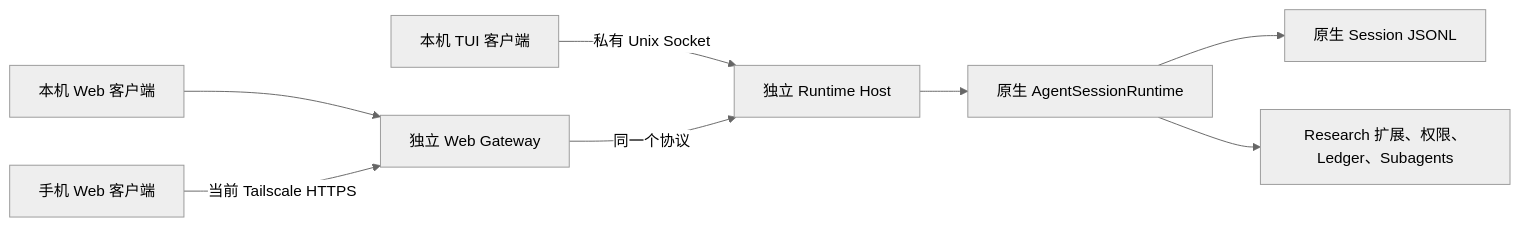
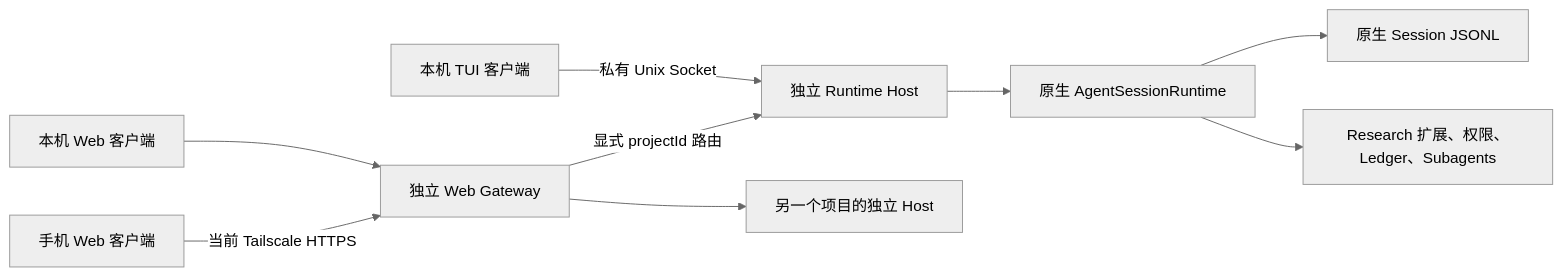
The diagram in docs/ui-runtime-review.md (RosMarinas/Research-Pi), drawn with Mermaid (neutral theme) before and after one commit. The commit also changed other lines of this file and 22 other files, not shown here.

````diff
--- a/docs/ui-runtime-review.md
+++ b/docs/ui-runtime-review.md
@@ -7,10 +7,11 @@
 ```mermaid
 flowchart LR
   TUI[本机 TUI 客户端] -->|私有 Unix Socket| Host[独立 Runtime Host]
   Desktop[本机 Web 客户端] --> Gateway[独立 Web Gateway]
   Phone[手机 Web 客户端] -->|当前 Tailscale HTTPS| Gateway
-  Gateway -->|同一个协议| Host
+  Gateway -->|显式 projectId 路由| Host
+  Gateway --> Host2[另一个项目的独立 Host]
   Host --> Pi[原生 AgentSessionRuntime]
   Pi --> Session[原生 Session JSONL]
   Pi --> Research[Research 扩展、权限、Ledger、Subagents]
 ```
````
